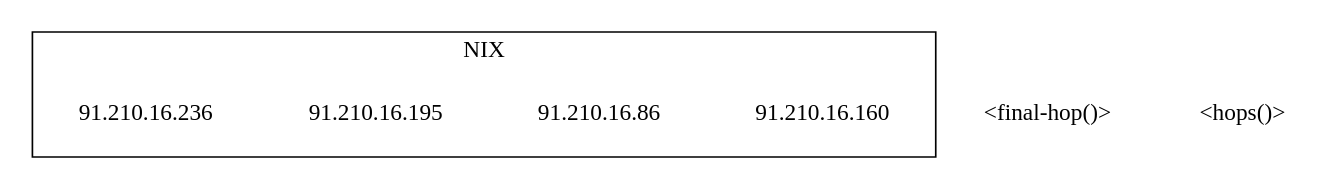
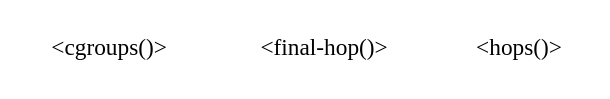
Before and after one commit to zellerin/nmap-postgresql: the diagram in nmap.org, drawn with Graphviz. The commit also changed other lines of this file, not shown here.

```diff
--- a/nmap.org
+++ b/nmap.org
@@ -248,12 +189,11 @@
-#+begin_src dot :noweb yes :file /tmp/image.png
+#+begin_src dot :noweb yes :file /tmp/image.svg
 graph G{
-node [shape=none]
+  overlap="false"
+#  size="8.3,11.7!" ratio=fill;
+  node [shape=none]
 
-subgraph "cluster_91.210.16.0"
-   {label="NIX" "91.210.16.160" "91.210.16.86" "91.210.16.195" "91.210.16.236"}
-
-<<final-hop()>>
-
-<<hops()>>
+  <<cgroups()>>
+  <<final-hop()>>
+  <<hops()>>
 }
 #+end_src
```
